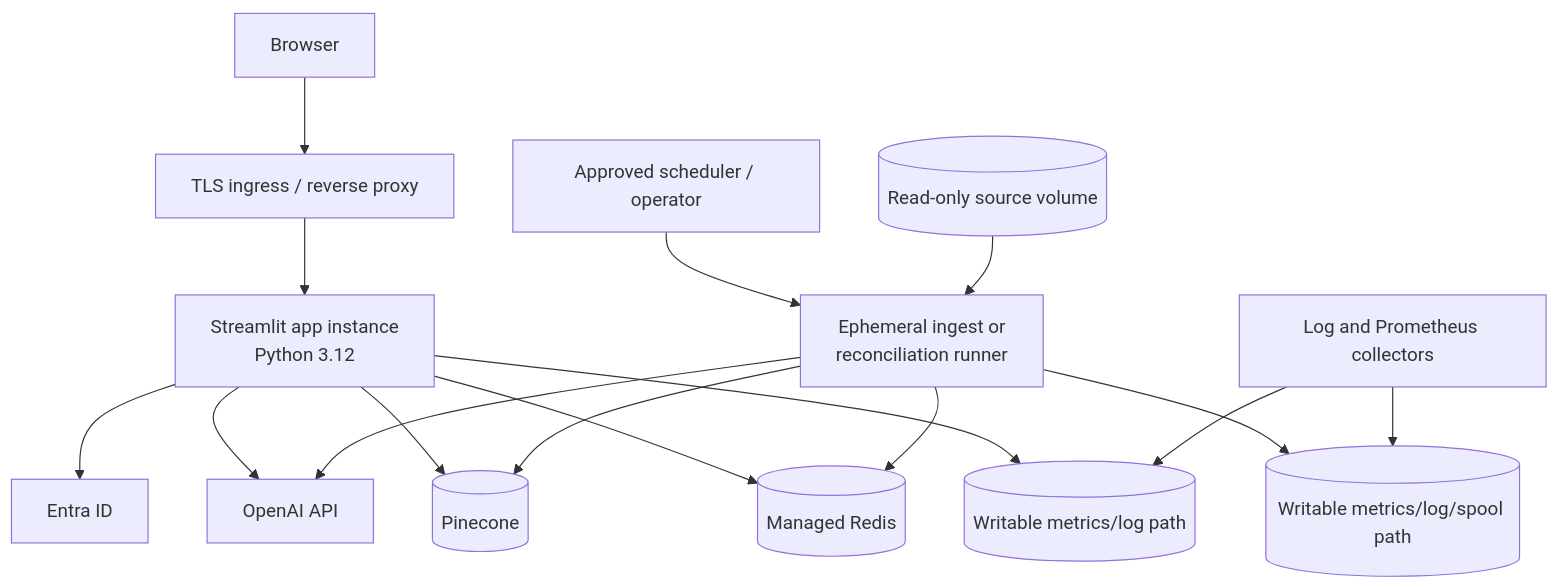
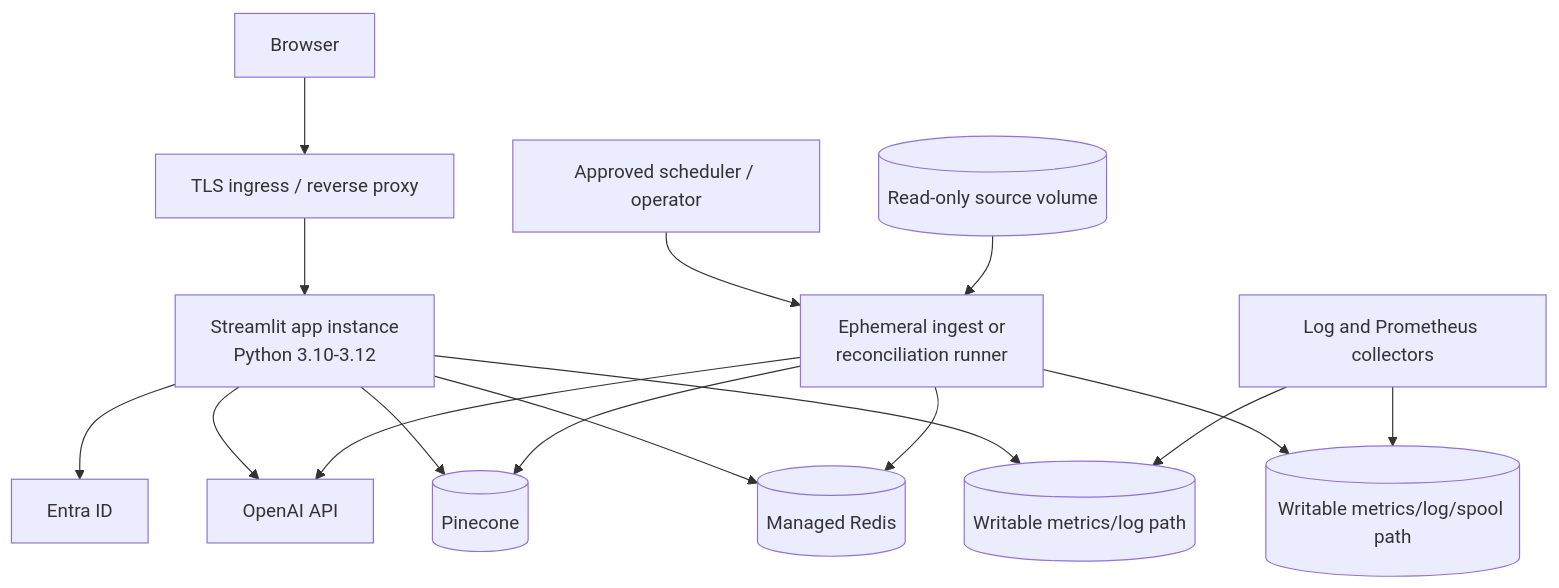
The sixth of 6 diagrams in ARCHITECTURE.md (Campus-Division-Smart-Buildings-Team/AskAlfred), drawn with Mermaid before and after one commit. The commit also changed other lines of this file, not shown here.

First line of the commit message:
Correct deployment-artifact and observability notes in architecture

````diff
--- a/ARCHITECTURE.md
+++ b/ARCHITECTURE.md
@@ -473,21 +473,21 @@
 ```mermaid
 flowchart TB
     Browser[Browser] --> WAF[TLS ingress / reverse proxy]
-    WAF --> App[Streamlit app instance<br/>Python 3.12]
+    WAF --> App[Streamlit app instance<br/>Python 3.10-3.12]
 
     Scheduler[Approved scheduler / operator] --> Job[Ephemeral ingest or<br/>reconciliation runner]
     Sources[(Read-only source volume)] --> Job
 
     App --> Entra[Entra ID]
     App --> OpenAI[OpenAI API]
     App --> Pinecone[(Pinecone)]
     App --> Redis[(Managed Redis)]
     Job --> OpenAI
     Job --> Pinecone
     Job --> Redis
 
     App --> LocalA[(Writable metrics/log path)]
     Job --> LocalB[(Writable metrics/log/spool path)]
     Collector[Log and Prometheus collectors] --> LocalA
     Collector --> LocalB
 ```
````
